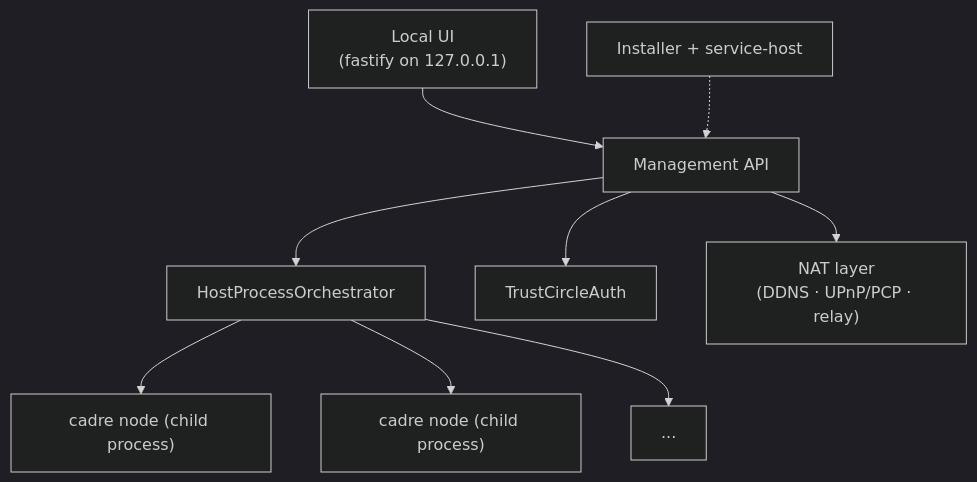
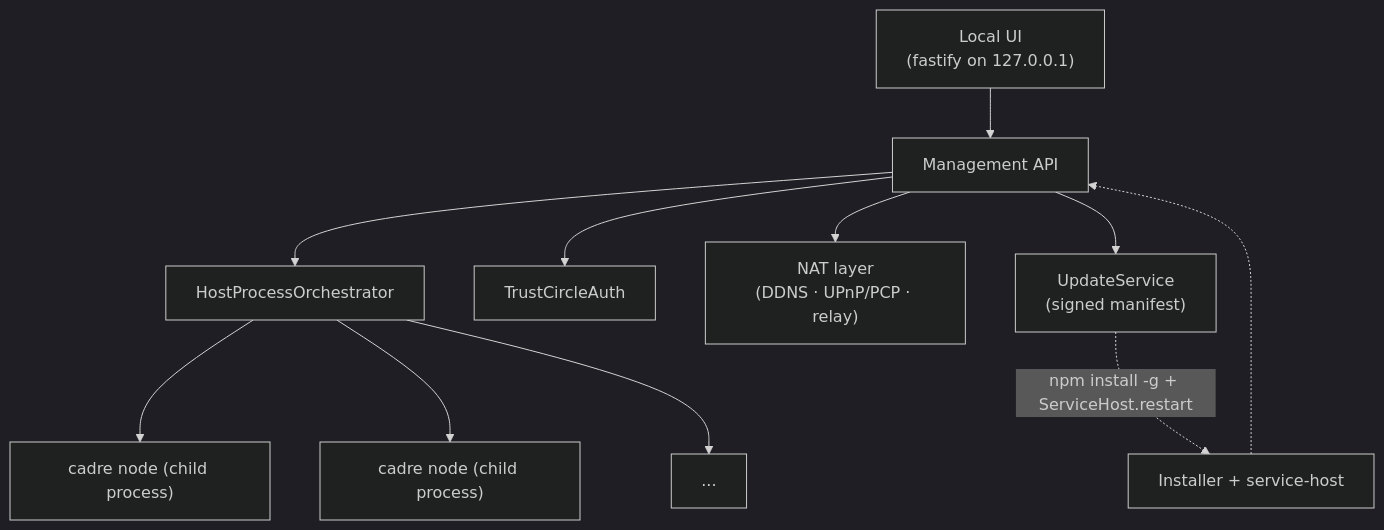
The second of 2 diagrams in docs/cadre-host.md (gotchoices/sereus), drawn with Mermaid (dark theme) before and after one commit. The commit also changed other lines of this file and 7 other files, not shown here.

Commit message:
ticket(review): 6.4.2-cadre-host-update-flow

````diff
--- a/docs/cadre-host.md
+++ b/docs/cadre-host.md
@@ -171,17 +181,20 @@
 ```mermaid
 graph TD
     UI["Local UI<br/>(fastify on 127.0.0.1)"]
     Mgmt["Management API"]
     Orch["HostProcessOrchestrator"]
     TC["TrustCircleAuth"]
     NAT["NAT layer<br/>(DDNS · UPnP/PCP · relay)"]
+    Upd["UpdateService<br/>(signed manifest)"]
     Install["Installer + service-host"]
     UI --> Mgmt
     Mgmt --> Orch
     Mgmt --> TC
     Mgmt --> NAT
+    Mgmt --> Upd
+    Upd -. "npm install -g + ServiceHost.restart" .-> Install
     Orch --> N1["cadre node (child process)"]
     Orch --> N2["cadre node (child process)"]
     Orch --> NN["..."]
     Install -.-> Mgmt
 ```
````
